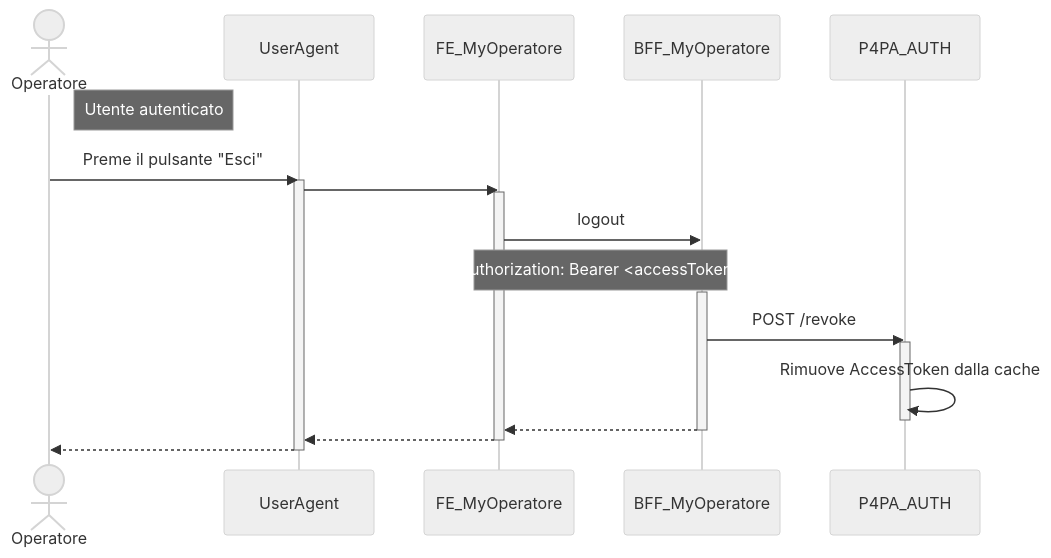
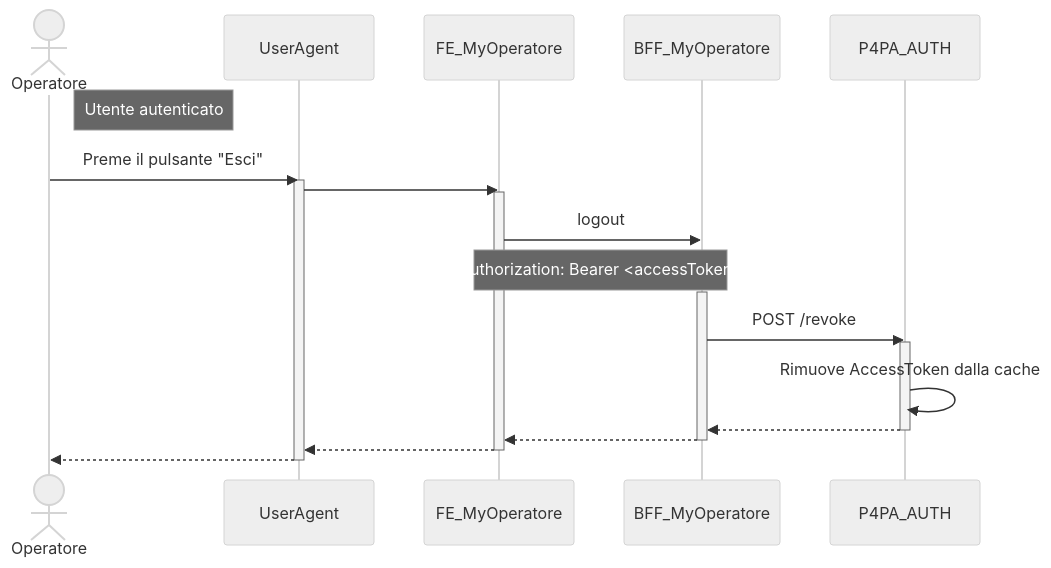
One commit to pagopa/p4pa-doc changed the diagram in design/auth/sequence_logout.mmd. Above: the diagram before and after it, drawn with Mermaid (neutral theme). The commit also changed 3 other files, not shown here.

```diff
--- a/design/auth/sequence_logout.mmd
+++ b/design/auth/sequence_logout.mmd
@@ -1,30 +1,31 @@
 sequenceDiagram
     actor Operatore
     participant UserAgent
     participant FE as FE_MyOperatore
     participant BFF as BFF_MyOperatore
     participant AUTH as P4PA_AUTH
 
     note right of Operatore: Utente autenticato
 
     Operatore ->> UserAgent: Preme il pulsante "Esci"
 
     activate UserAgent
         UserAgent ->> FE: #
         activate FE
             FE ->> BFF: logout
             note over FE, BFF: Authorization: Bearer <accessToken>
 
             activate BFF
                 BFF ->> AUTH: POST /revoke
                 activate AUTH
                     AUTH ->> AUTH: Rimuove AccessToken dalla cache
+                    AUTH -->> BFF: #
                 deactivate AUTH
 
                 BFF -->> FE: #
             deactivate BFF
 
             FE -->> UserAgent: #
         deactivate FE
         UserAgent -->> Operatore: #
     deactivate UserAgent
```
